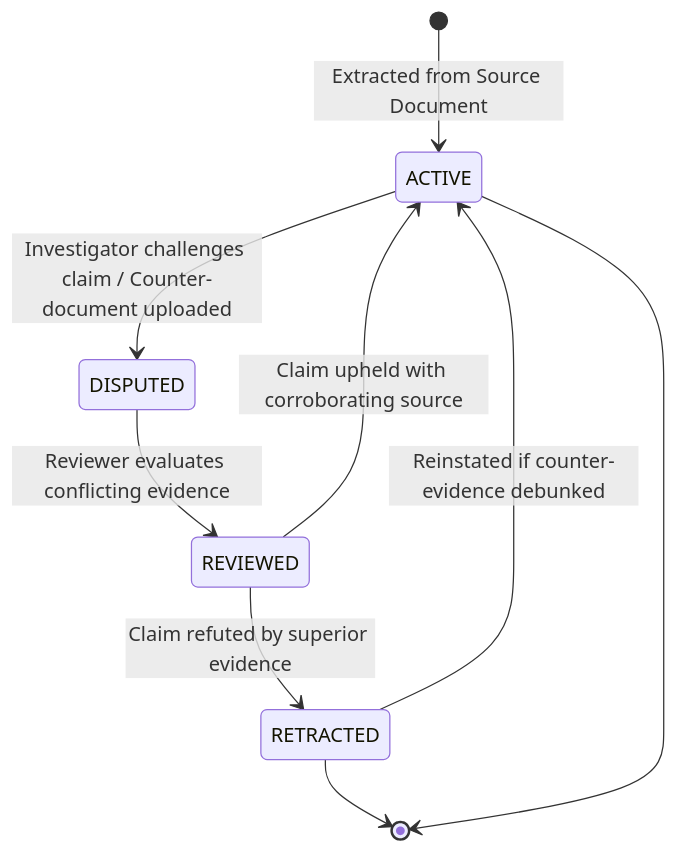
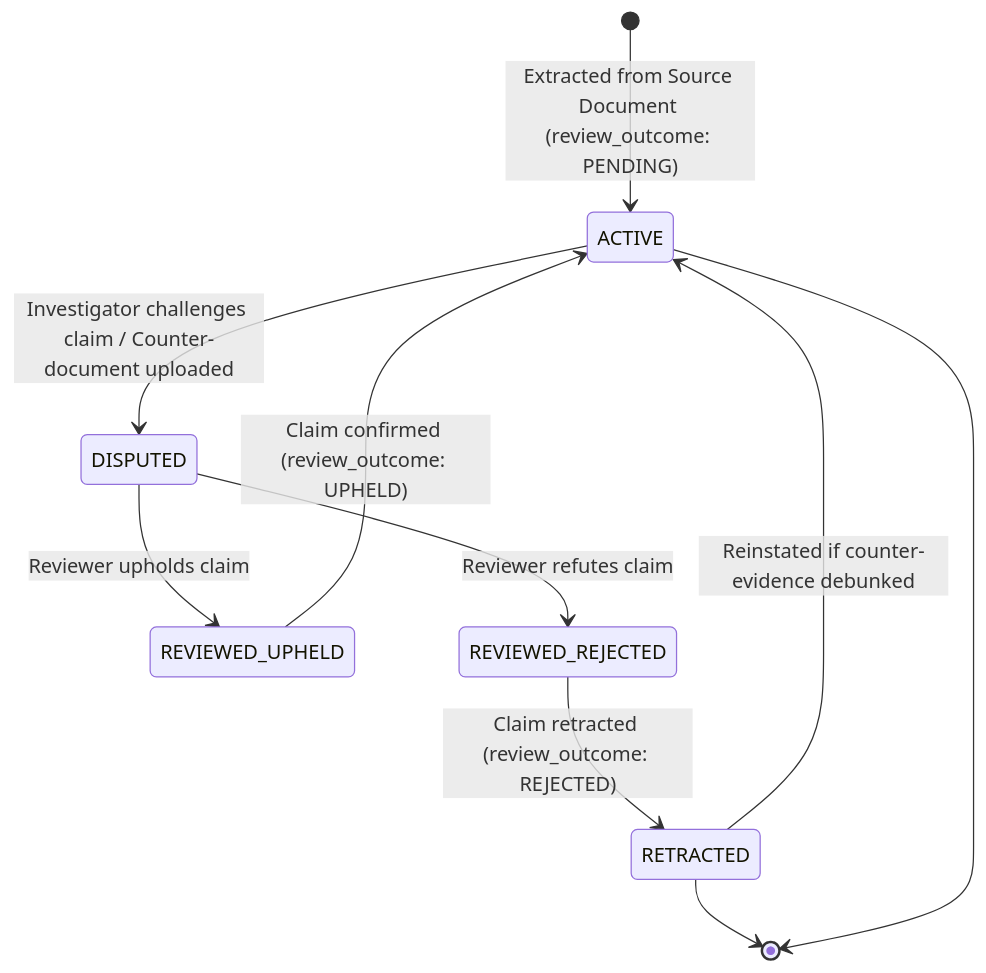
Before and after one commit to rushikeshbathe096/RedThread: the second of 2 diagrams in docs/contradiction-and-claim-lifecycle.md, drawn with Mermaid. The commit also changed other lines of this file and 38 other files, not shown here.

Commit message:
db schema

````diff
--- a/docs/contradiction-and-claim-lifecycle.md
+++ b/docs/contradiction-and-claim-lifecycle.md
@@ -40,11 +59,12 @@
 ```mermaid
 stateDiagram-v2
-    [*] --> ACTIVE : Extracted from Source Document
+    [*] --> ACTIVE : Extracted from Source Document (review_outcome: PENDING)
     ACTIVE --> DISPUTED : Investigator challenges claim / Counter-document uploaded
-    DISPUTED --> REVIEWED : Reviewer evaluates conflicting evidence
-    REVIEWED --> ACTIVE : Claim upheld with corroborating source
-    REVIEWED --> RETRACTED : Claim refuted by superior evidence
+    DISPUTED --> REVIEWED_UPHELD : Reviewer upholds claim
+    REVIEWED_UPHELD --> ACTIVE : Claim confirmed (review_outcome: UPHELD)
+    DISPUTED --> REVIEWED_REJECTED : Reviewer refutes claim
+    REVIEWED_REJECTED --> RETRACTED : Claim retracted (review_outcome: REJECTED)
     RETRACTED --> ACTIVE : Reinstated if counter-evidence debunked
     RETRACTED --> [*]
     ACTIVE --> [*]
 ```
````
